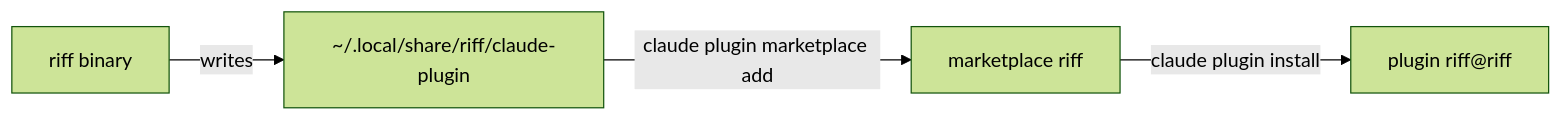
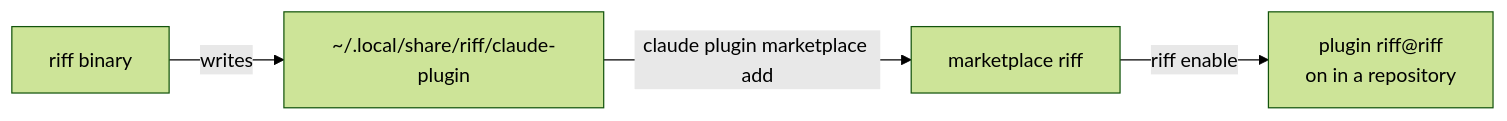
One commit to como-technologies/riff changed the second of 52 diagrams in docs/src/how-it-works.md. Above: the diagram before and after it, drawn with Mermaid (forest theme). The commit also changed other lines of this file and 29 other files, not shown here.

First line of the commit message:
riff is off in a session until a person turns it on for the repository: riff enable and riff disable (#442)

````diff
--- a/docs/src/how-it-works.md
+++ b/docs/src/how-it-works.md
@@ -68,6 +69,6 @@
 ```mermaid
 flowchart LR
     B[riff binary] -- writes --> D["~/.local/share/riff/claude-plugin"]
     D -- "claude plugin marketplace add" --> M[marketplace riff]
-    M -- "claude plugin install" --> P[plugin riff@riff]
+    M -- "riff enable" --> P["plugin riff@riff<br/>on in a repository"]
 ```
````
